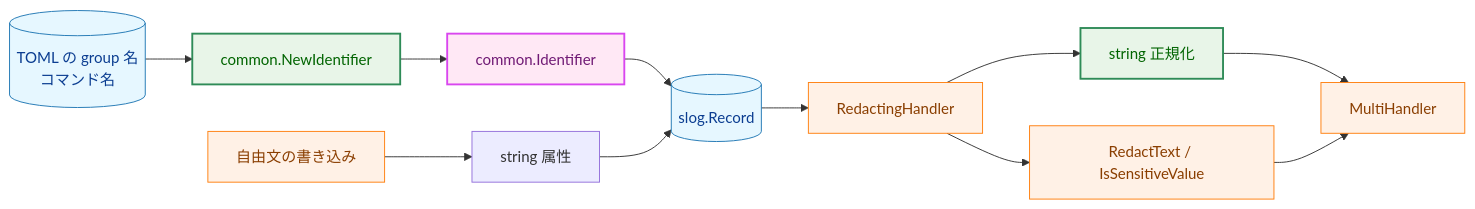
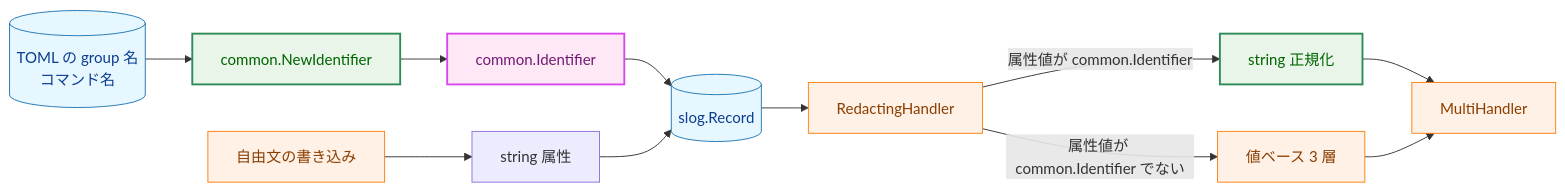
The first of 12 diagrams in docs/tasks/0173_identifier_redaction_exemption/02_architecture.md (isseis/go-safe-cmd-runner), drawn with Mermaid before and after one commit. The commit also changed other lines of this file, not shown here.

````diff
--- a/docs/tasks/0173_identifier_redaction_exemption/02_architecture.md
+++ b/docs/tasks/0173_identifier_redaction_exemption/02_architecture.md
@@ -47,34 +47,34 @@
 ```mermaid
 flowchart LR
     classDef data fill:#e6f7ff,stroke:#1f77b4,stroke-width:1px,color:#0b3d91;
     classDef process fill:#fff1e6,stroke:#ff7f0e,stroke-width:1px,color:#8a3e00;
     classDef enhanced fill:#e8f5e8,stroke:#2e8b57,stroke-width:2px,color:#006400;
     classDef newpkg fill:#ffe8f5,stroke:#d946ef,stroke-width:2px,color:#701a75;
 
     CFG[("TOML の group 名<br>コマンド名")]
     PROD["common.NewIdentifier"]
     FREE["自由文の書き込み"]
     ID["common.Identifier"]
     MSG["string 属性"]
     REC[("slog.Record")]
     RH["RedactingHandler"]
     EX["string 正規化"]
-    VC["RedactText / IsSensitiveValue"]
+    VC["値ベース 3 層"]
     OUT["MultiHandler"]
 
     CFG --> PROD
     PROD --> ID
     FREE --> MSG
     ID --> REC
     MSG --> REC
     REC --> RH
-    RH --> EX
-    RH --> VC
+    RH -->|"属性値が common.Identifier"| EX
+    RH -->|"属性値が common.Identifier でない"| VC
     EX --> OUT
     VC --> OUT
 
     class CFG,REC data
     class FREE,RH,VC,OUT process
     class PROD,EX enhanced
     class ID newpkg
 ```
````
